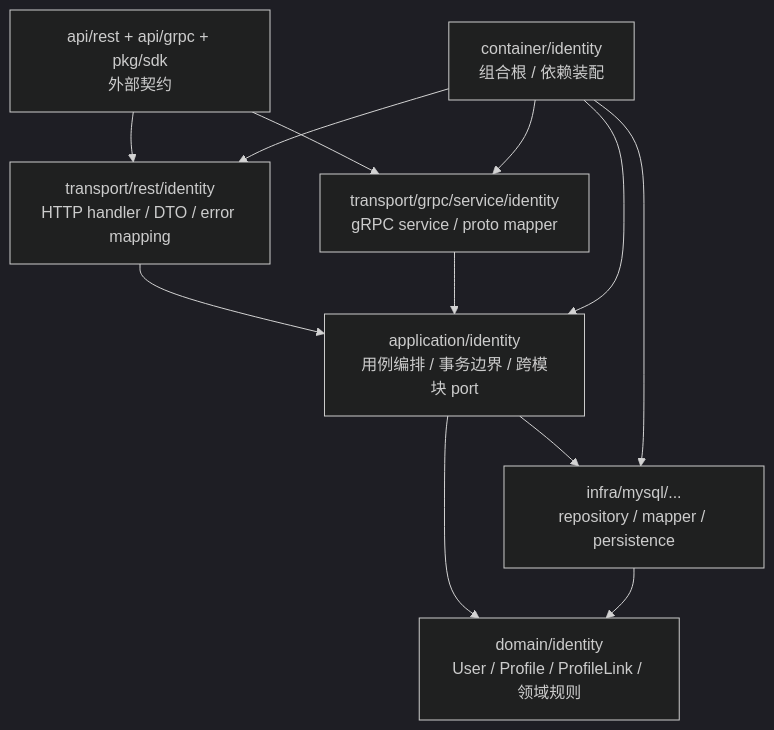
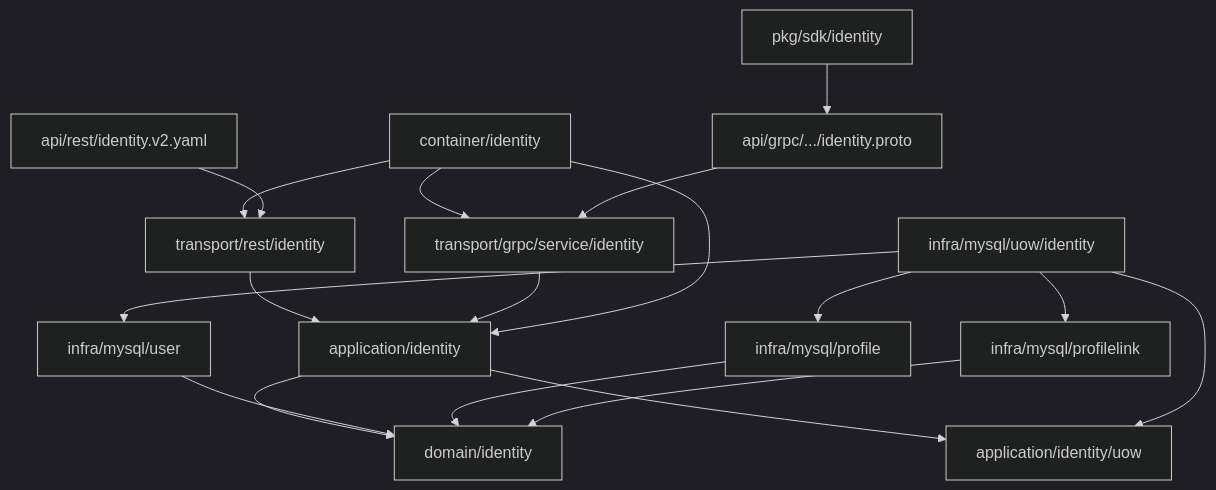
Before and after one commit to FangcunMount/iam: the diagram in docs/02-业务模块/01-Identity/05-分层架构与代码索引.md, drawn with Mermaid (dark theme). The commit also changed other lines of this file and 7 other files, not shown here.

````diff
--- a/docs/02-业务模块/01-Identity/05-分层架构与代码索引.md
+++ b/docs/02-业务模块/01-Identity/05-分层架构与代码索引.md
@@ -57,22 +52,20 @@
 ```mermaid
 flowchart TD
-    Contract["api/rest + api/grpc + pkg/sdk\n外部契约"]
-    Rest["transport/rest/identity\nHTTP handler / DTO / error mapping"]
-    Grpc["transport/grpc/service/identity\ngRPC service / proto mapper"]
-    App["application/identity\n用例编排 / 事务边界 / 跨模块 port"]
-    Domain["domain/identity\nUser / Profile / ProfileLink / 领域规则"]
-    Infra["infra/mysql/...\nrepository / mapper / persistence"]
-    Container["container/identity\n组合根 / 依赖装配"]
-
-    Contract --> Rest
-    Contract --> Grpc
-    Rest --> App
-    Grpc --> App
-    App --> Domain
-    App --> Infra
-    Infra --> Domain
-    Container --> Rest
-    Container --> Grpc
-    Container --> App
-    Container --> Infra
+    REST["transport/rest/identity"] --> APP["application/identity"]
+    GRPC["transport/grpc/service/identity"] --> APP
+    APP --> DOMAIN["domain/identity"]
+    APP --> UOWPORT["application/identity/uow"]
+    UOWIMPL["infra/mysql/uow/identity"] --> UOWPORT
+    UOWIMPL --> USERREPO["infra/mysql/user"]
+    UOWIMPL --> PROFILEREPO["infra/mysql/profile"]
+    UOWIMPL --> LINKREPO["infra/mysql/profilelink"]
+    USERREPO --> DOMAIN
+    PROFILEREPO --> DOMAIN
+    LINKREPO --> DOMAIN
+    CONTAINER["container/identity"] --> REST
+    CONTAINER --> GRPC
+    CONTAINER --> APP
+    PROTO["api/grpc/.../identity.proto"] --> GRPC
+    OPENAPI["api/rest/identity.v2.yaml"] --> REST
+    SDK["pkg/sdk/identity"] --> PROTO
 ```
````
